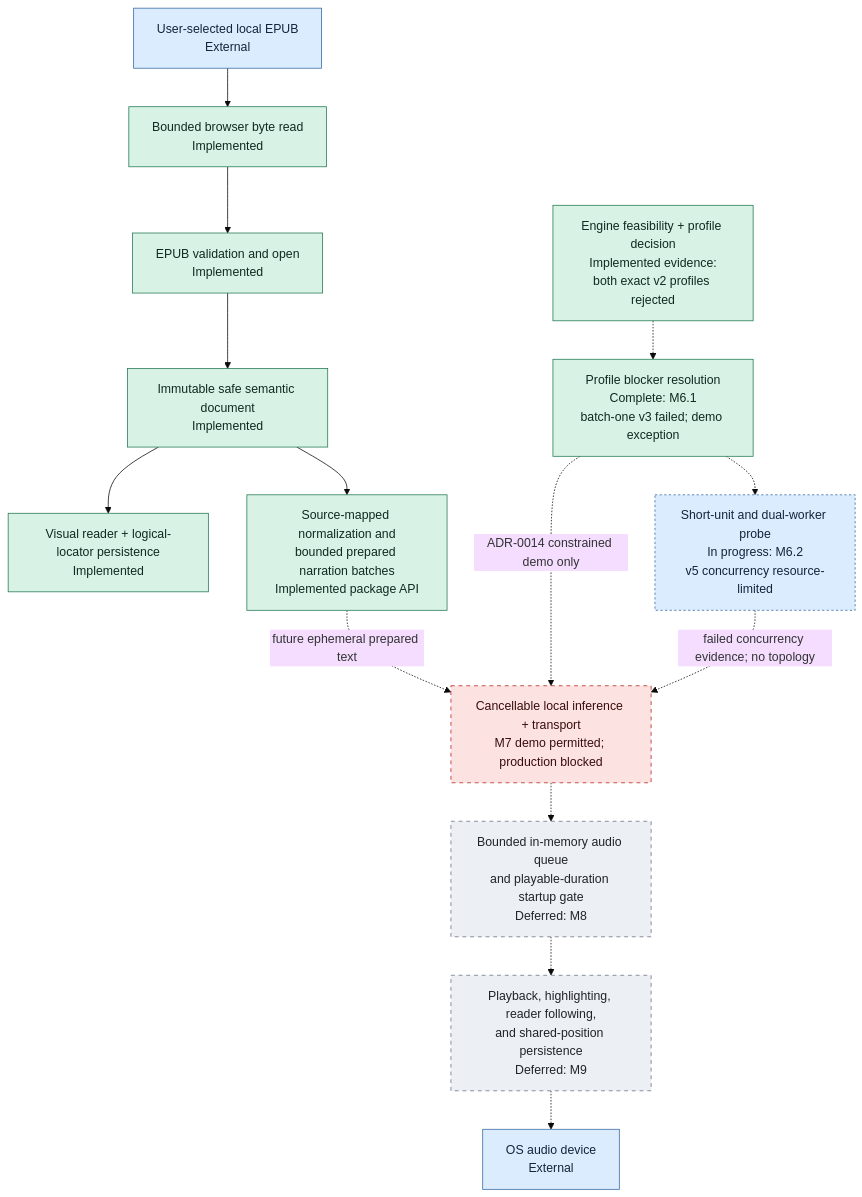
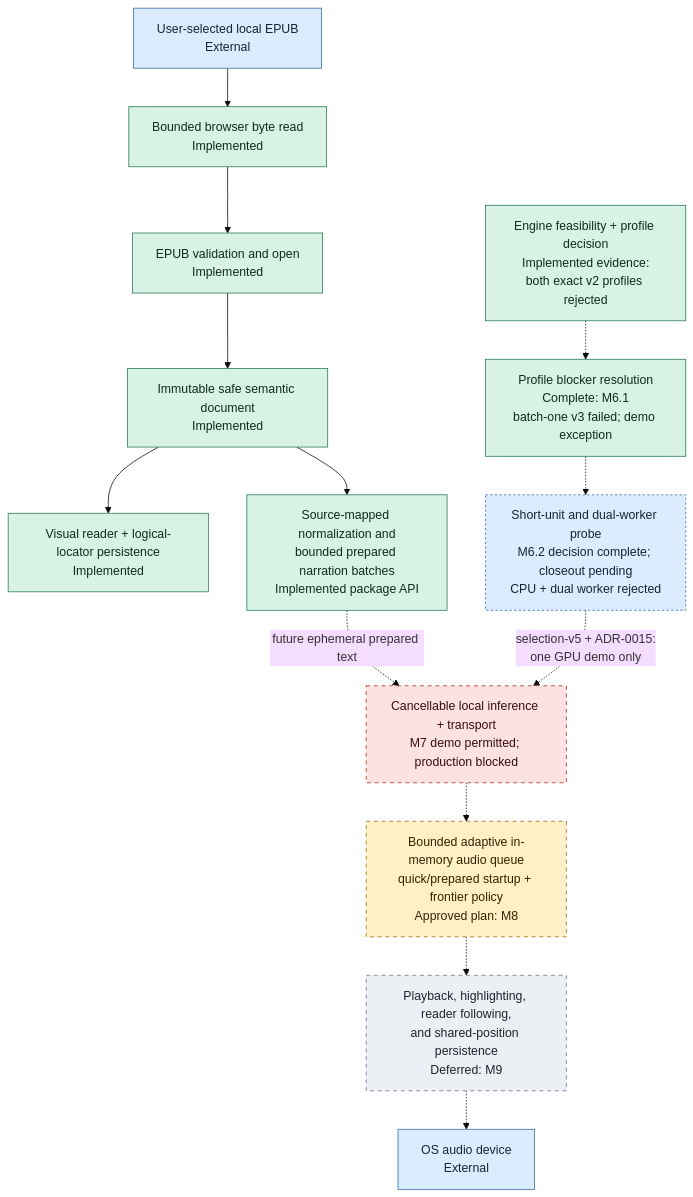
Before and after one commit to mmjosedaniel/voxleaf: the second of 2 diagrams in docs/architecture/system-diagram.md, drawn with Mermaid (base theme). The commit also changed other lines of this file and 15 other files, not shown here.

Commit message:
docs(product): plan adaptive one-gpu playback

````diff
--- a/docs/architecture/system-diagram.md
+++ b/docs/architecture/system-diagram.md
@@ -107,34 +107,33 @@
 ```mermaid
 flowchart TD
     classDef implemented fill:#d9f2e6,stroke:#247a52,color:#102a20
     classDef progress fill:#dcecff,stroke:#356aa0,color:#13253a,stroke-dasharray: 3 3
     classDef planned fill:#fff0c7,stroke:#9a6b00,color:#332400,stroke-dasharray: 5 5
     classDef blocked fill:#fde2e2,stroke:#b42318,color:#3a0d0d,stroke-dasharray: 5 5
     classDef deferred fill:#eceff3,stroke:#667085,color:#20242a,stroke-dasharray: 5 5
     classDef external fill:#dcecff,stroke:#356aa0,color:#13253a
 
     FILE["User-selected local EPUB<br/>External"]:::external
     READ["Bounded browser byte read<br/>Implemented"]:::implemented
     OPEN["EPUB validation and open<br/>Implemented"]:::implemented
     SAFE["Immutable safe semantic document<br/>Implemented"]:::implemented
     VISUAL["Visual reader + logical-locator persistence<br/>Implemented"]:::implemented
     PREP["Source-mapped normalization and<br/>bounded prepared narration batches<br/>Implemented package API"]:::implemented
     PROFILE["Engine feasibility + profile decision<br/>Implemented evidence:<br/>both exact v2 profiles rejected"]:::implemented
     NEXT_PROFILE["Profile blocker resolution<br/>Complete: M6.1<br/>batch-one v3 failed; demo exception"]:::implemented
-    BATCH_PROBE["Short-unit and dual-worker probe<br/>In progress: M6.2<br/>v5 concurrency resource-limited"]:::progress
+    BATCH_PROBE["Short-unit and dual-worker probe<br/>M6.2 decision complete; closeout pending<br/>CPU + dual worker rejected"]:::progress
     INFER["Cancellable local inference + transport<br/>M7 demo permitted; production blocked"]:::blocked
-    BUFFER["Bounded in-memory audio queue<br/>and playable-duration startup gate<br/>Deferred: M8"]:::deferred
+    BUFFER["Bounded adaptive in-memory audio queue<br/>quick/prepared startup + frontier policy<br/>Approved plan: M8"]:::planned
     FOLLOW["Playback, highlighting, reader following,<br/>and shared-position persistence<br/>Deferred: M9"]:::deferred
     DEVICE["OS audio device<br/>External"]:::external
 
     FILE --> READ --> OPEN --> SAFE --> VISUAL
     SAFE --> PREP
     PREP -.->|"future ephemeral prepared text"| INFER
     PROFILE -.-> NEXT_PROFILE
     NEXT_PROFILE -.-> BATCH_PROBE
-    NEXT_PROFILE -.->|"ADR-0014 constrained demo only"| INFER
-    BATCH_PROBE -.->|"failed concurrency evidence; no topology"| INFER
+    BATCH_PROBE -.->|"selection-v5 + ADR-0015:<br/>one GPU demo only"| INFER
     INFER -.-> BUFFER
     BUFFER -.-> FOLLOW
     FOLLOW -.-> DEVICE
 ```
````
